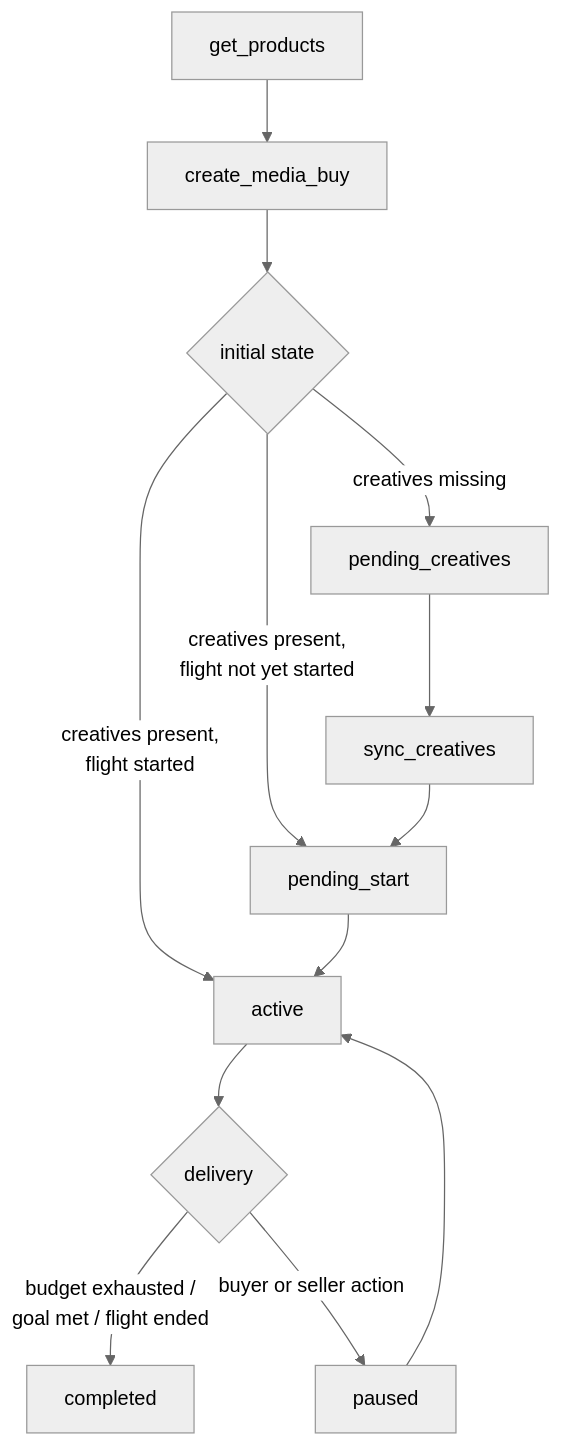
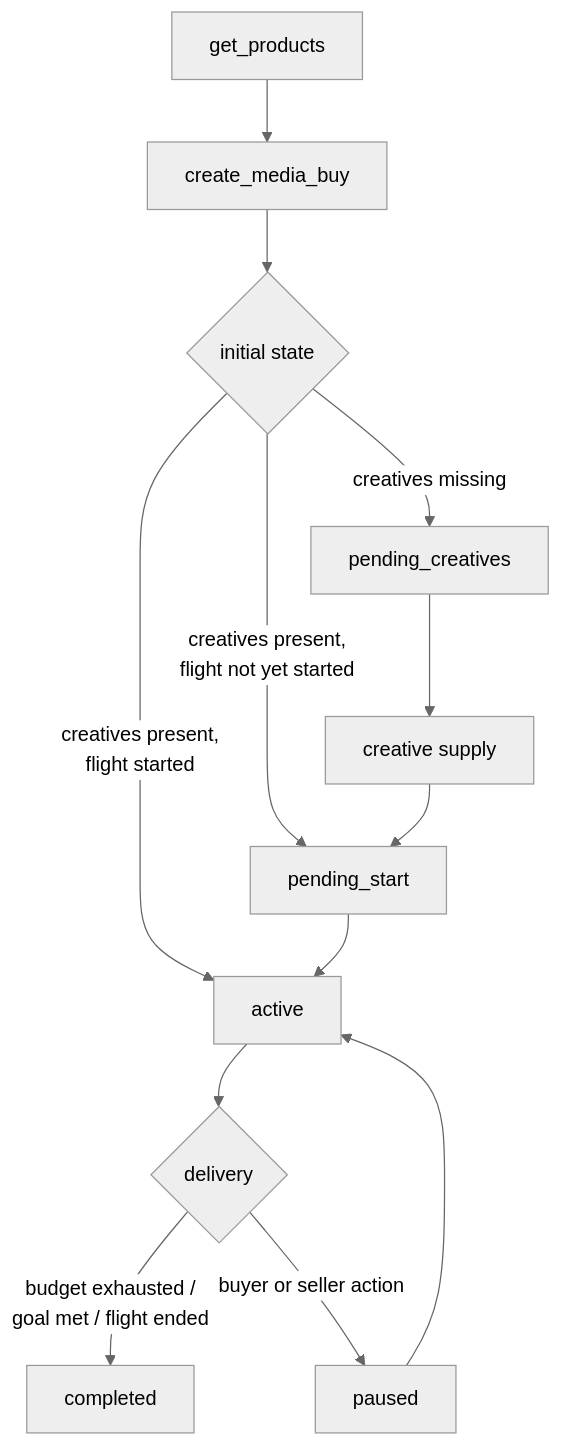
One commit to adcontextprotocol/adcp changed the first of 3 diagrams in docs/media-buy/media-buys/lifecycle.mdx. Above: the diagram before and after it, drawn with Mermaid (neutral theme). The commit also changed other lines of this file and 20 other files, not shown here.

````diff
--- a/docs/media-buy/media-buys/lifecycle.mdx
+++ b/docs/media-buy/media-buys/lifecycle.mdx
@@ -13,15 +13,15 @@
 ```mermaid
 flowchart TD
     A[get_products] --> B[create_media_buy]
     B --> C{initial state}
     C -->|creatives missing| D[pending_creatives]
     C -->|creatives present,\nflight not yet started| E[pending_start]
     C -->|creatives present,\nflight started| F[active]
-    D --> G[sync_creatives]
+    D --> G[creative supply]
     G --> E
     E --> F
     F --> H{delivery}
     H -->|budget exhausted /\ngoal met / flight ended| I[completed]
     H -->|buyer or seller action| J[paused]
     J --> F
 ```
````
